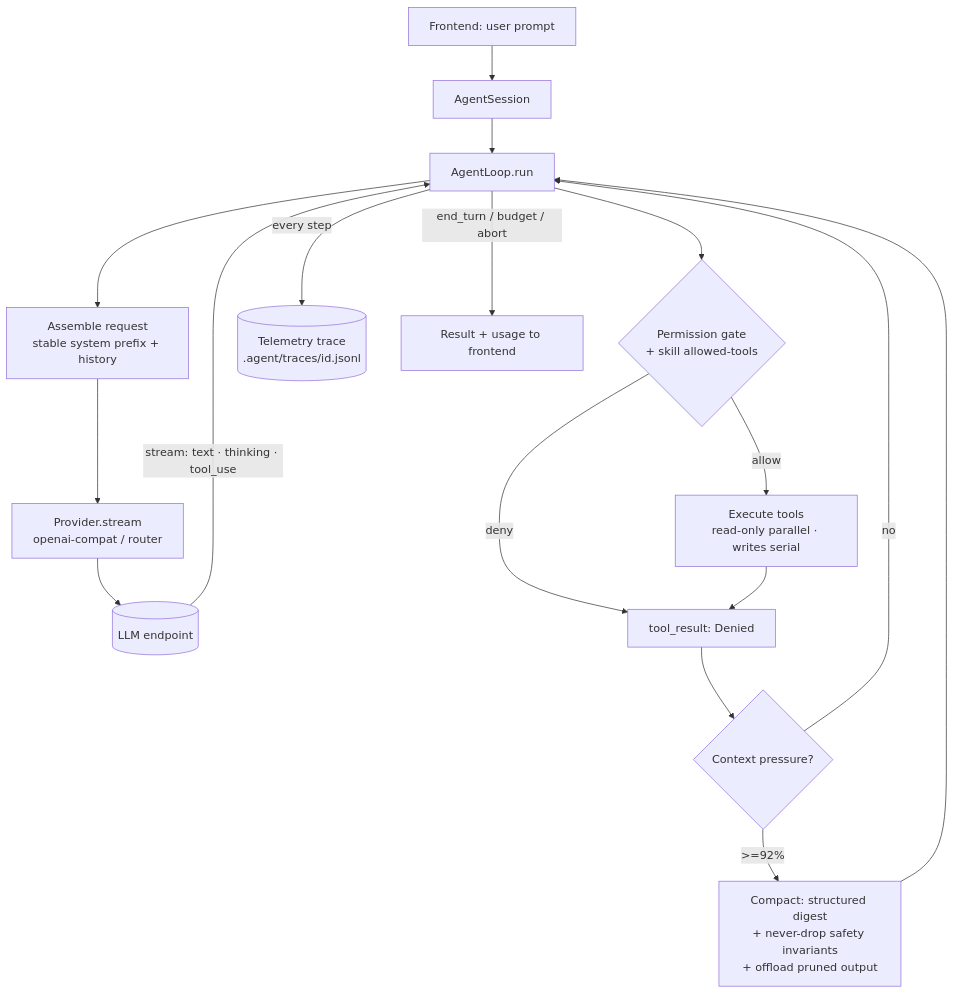
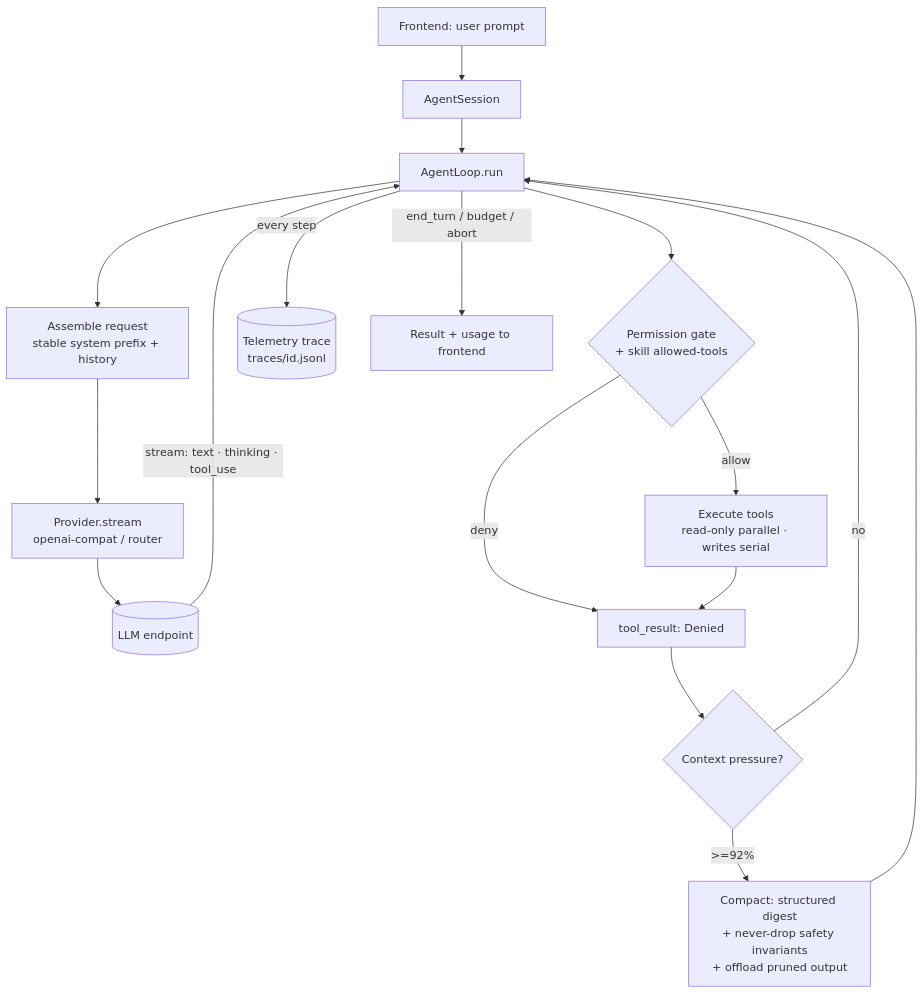
One commit to meloer101/Marvis-codingAgent changed the diagram in docs/architecture.md. Above: the diagram before and after it, drawn with Mermaid. The commit also changed other lines of this file and 24 other files, not shown here.

````diff
--- a/docs/architecture.md
+++ b/docs/architecture.md
@@ -121,19 +121,19 @@
 ```mermaid
 flowchart TD
   U[Frontend: user prompt] --> S[AgentSession]
   S --> A[AgentLoop.run]
   A --> P[Assemble request<br/>stable system prefix + history]
   P --> PR[Provider.stream<br/>openai-compat / router]
   PR --> EP[(LLM endpoint)]
   EP -->|stream: text · thinking · tool_use| A
   A --> G{Permission gate<br/>+ skill allowed-tools}
   G -->|deny| R[tool_result: Denied]
   G -->|allow| X[Execute tools<br/>read-only parallel · writes serial]
   X --> R
   R --> CP{Context pressure?}
   CP -->|>=92%| K[Compact: structured digest<br/>+ never-drop safety invariants<br/>+ offload pruned output]
   CP -->|no| A
   K --> A
-  A -->|every step| T[(Telemetry trace<br/>.agent/traces/id.jsonl)]
+  A -->|every step| T[(Telemetry trace<br/>traces/id.jsonl)]
   A -->|end_turn / budget / abort| D[Result + usage to frontend]
 ```
````
